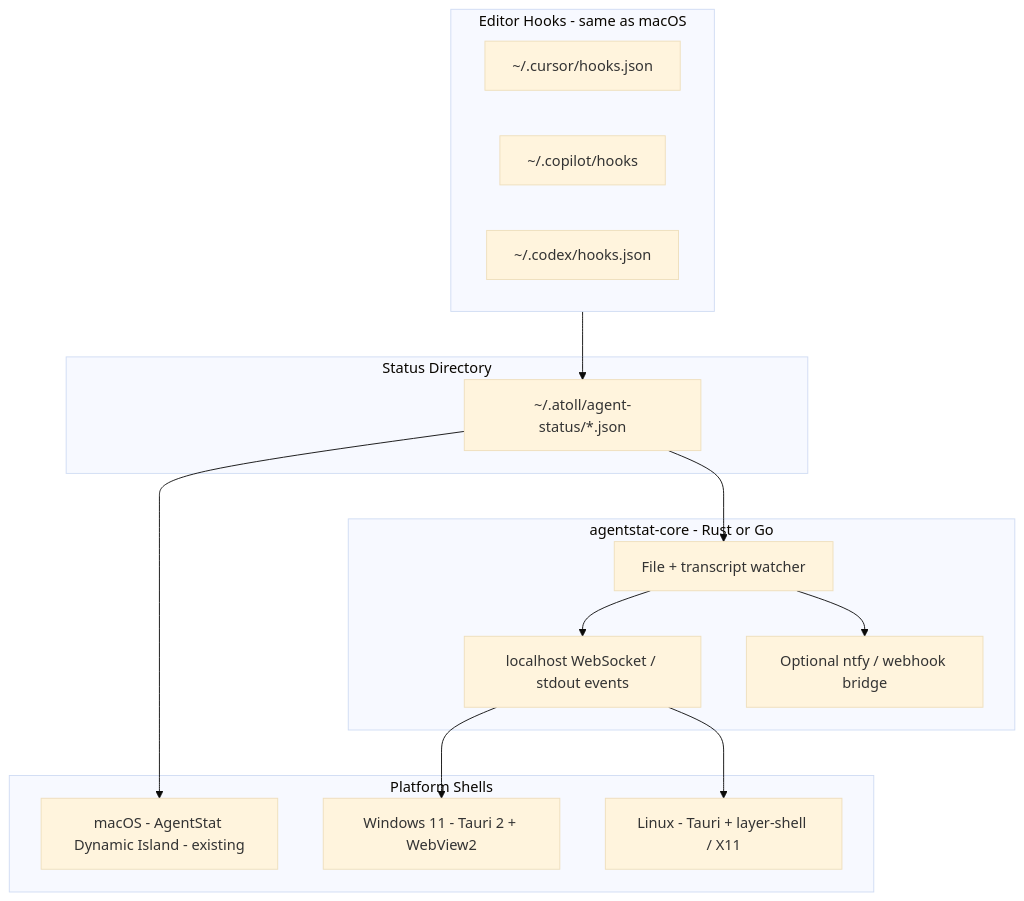
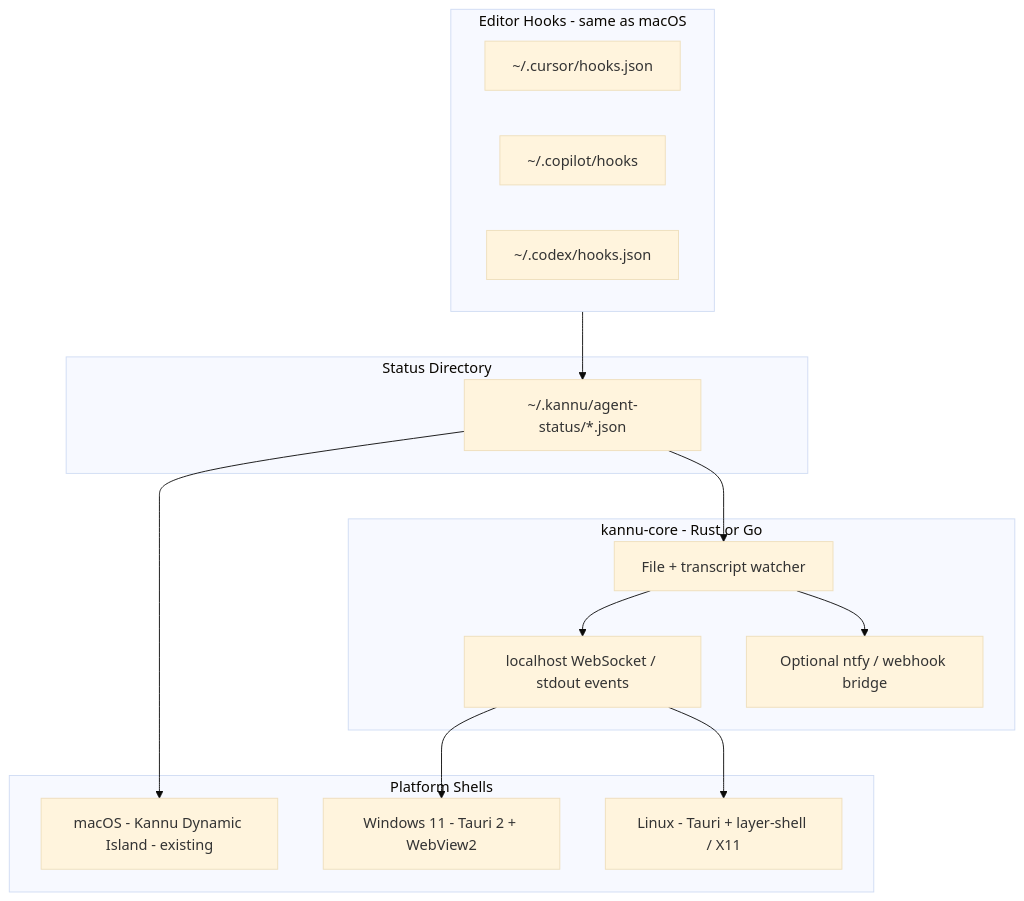
Before and after one commit to libinmv/kannu: the diagram in docs/PHASE2.md, drawn with Mermaid (base theme). The commit also changed other lines of this file and 330 other files, not shown here.

````diff
--- a/docs/PHASE2.md
+++ b/docs/PHASE2.md
@@ -14,32 +14,32 @@
 ```mermaid
 flowchart TB
   subgraph hooks [Editor Hooks - same as macOS]
     Cursor["~/.cursor/hooks.json"]
     VSCode["~/.copilot/hooks"]
     Codex["~/.codex/hooks.json"]
   end
 
   subgraph status [Status Directory]
-    Dir["~/.atoll/agent-status/*.json"]
+    Dir["~/.kannu/agent-status/*.json"]
   end
 
-  subgraph core [agentstat-core - Rust or Go]
+  subgraph core [kannu-core - Rust or Go]
     Watcher[File + transcript watcher]
     WS[localhost WebSocket / stdout events]
     Notify[Optional ntfy / webhook bridge]
   end
 
   subgraph shells [Platform Shells]
-    Mac[macOS - AgentStat Dynamic Island - existing]
+    Mac[macOS - Kannu Dynamic Island - existing]
     Win[Windows 11 - Tauri 2 + WebView2]
     Lin[Linux - Tauri + layer-shell / X11]
   end
 
   hooks --> Dir
   Dir --> Watcher
   Watcher --> WS
   Watcher --> Notify
   WS --> Win
   WS --> Lin
   Dir --> Mac
 ```
````
